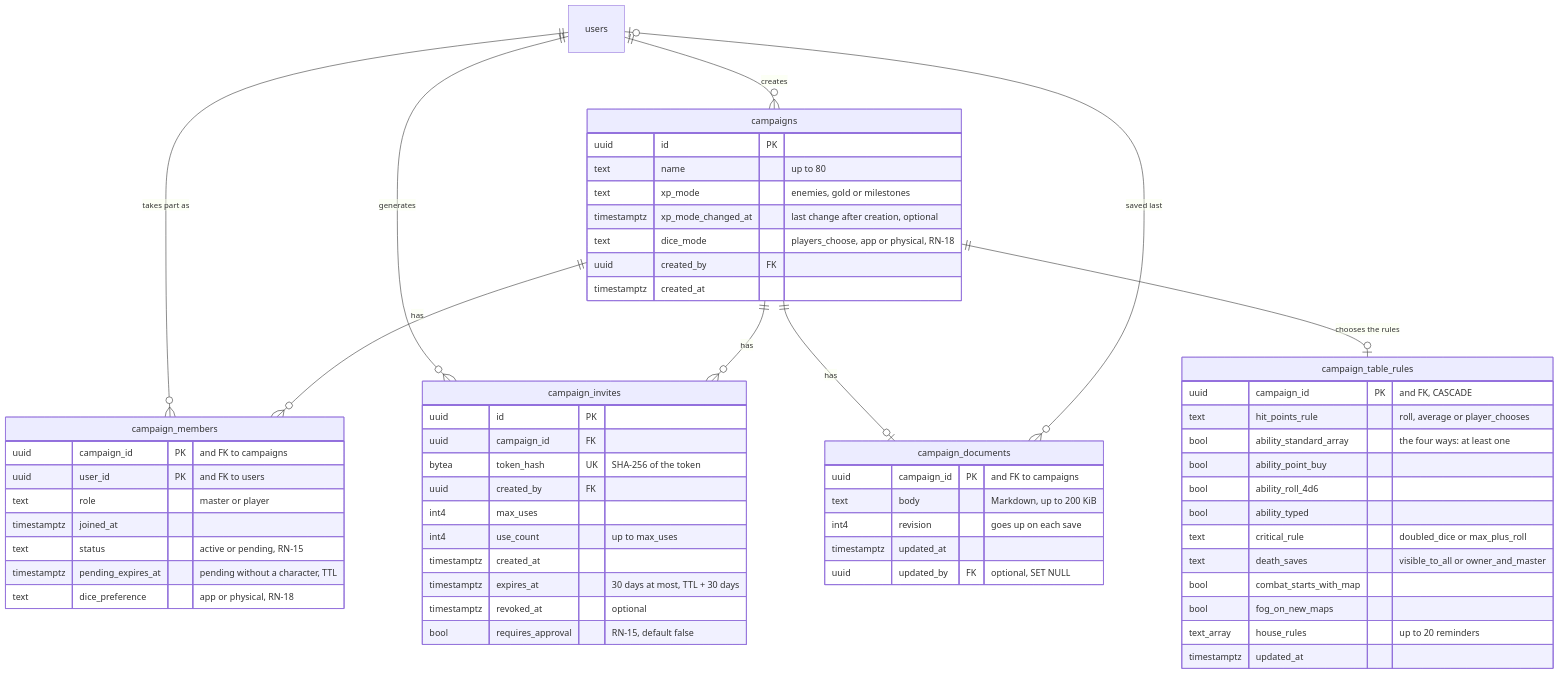
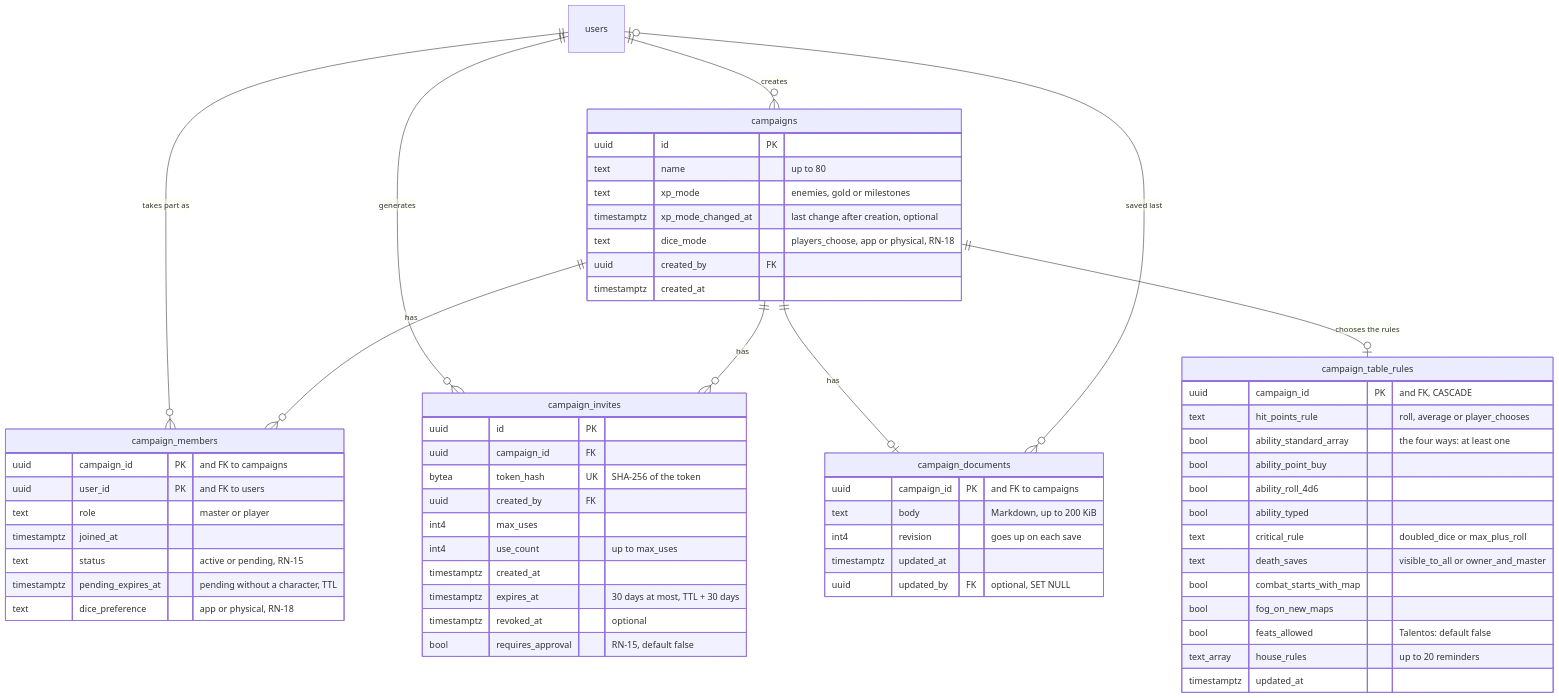
One commit to PuraFome/meuRPG changed the third of 7 diagrams in docs/data.md. Above: the diagram before and after it, drawn with Mermaid. The commit also changed other lines of this file and 54 other files, not shown here.

First line of the commit message:
feat(characters): feats at the level-up, the "Talentos" table rule and the content pack

````diff
--- a/docs/data.md
+++ b/docs/data.md
@@ -185,67 +185,68 @@
 ```mermaid
 erDiagram
     campaigns {
         uuid id PK
         text name "up to 80"
         text xp_mode "enemies, gold or milestones"
         timestamptz xp_mode_changed_at "last change after creation, optional"
         text dice_mode "players_choose, app or physical, RN-18"
         uuid created_by FK
         timestamptz created_at
     }
 
     campaign_members {
         uuid campaign_id PK "and FK to campaigns"
         uuid user_id PK "and FK to users"
         text role "master or player"
         timestamptz joined_at
         text status "active or pending, RN-15"
         timestamptz pending_expires_at "pending without a character, TTL"
         text dice_preference "app or physical, RN-18"
     }
 
     campaign_invites {
         uuid id PK
         uuid campaign_id FK
         bytea token_hash UK "SHA-256 of the token"
         uuid created_by FK
         int4 max_uses
         int4 use_count "up to max_uses"
         timestamptz created_at
         timestamptz expires_at "30 days at most, TTL + 30 days"
         timestamptz revoked_at "optional"
         bool requires_approval "RN-15, default false"
     }
 
     campaign_documents {
         uuid campaign_id PK "and FK to campaigns"
         text body "Markdown, up to 200 KiB"
         int4 revision "goes up on each save"
         timestamptz updated_at
         uuid updated_by FK "optional, SET NULL"
     }
 
     campaign_table_rules {
         uuid campaign_id PK "and FK, CASCADE"
         text hit_points_rule "roll, average or player_chooses"
         bool ability_standard_array "the four ways: at least one"
         bool ability_point_buy
         bool ability_roll_4d6
         bool ability_typed
         text critical_rule "doubled_dice or max_plus_roll"
         text death_saves "visible_to_all or owner_and_master"
         bool combat_starts_with_map
         bool fog_on_new_maps
+        bool feats_allowed "Talentos: default false"
         text_array house_rules "up to 20 reminders"
         timestamptz updated_at
     }
 
     users ||--o{ campaigns : "creates"
     users ||--o{ campaign_members : "takes part as"
     users ||--o{ campaign_invites : "generates"
     campaigns ||--o{ campaign_members : "has"
     campaigns ||--o{ campaign_invites : "has"
     campaigns ||--o| campaign_documents : "has"
     users |o--o{ campaign_documents : "saved last"
     campaigns ||--o| campaign_table_rules : "chooses the rules"
 ```
````
